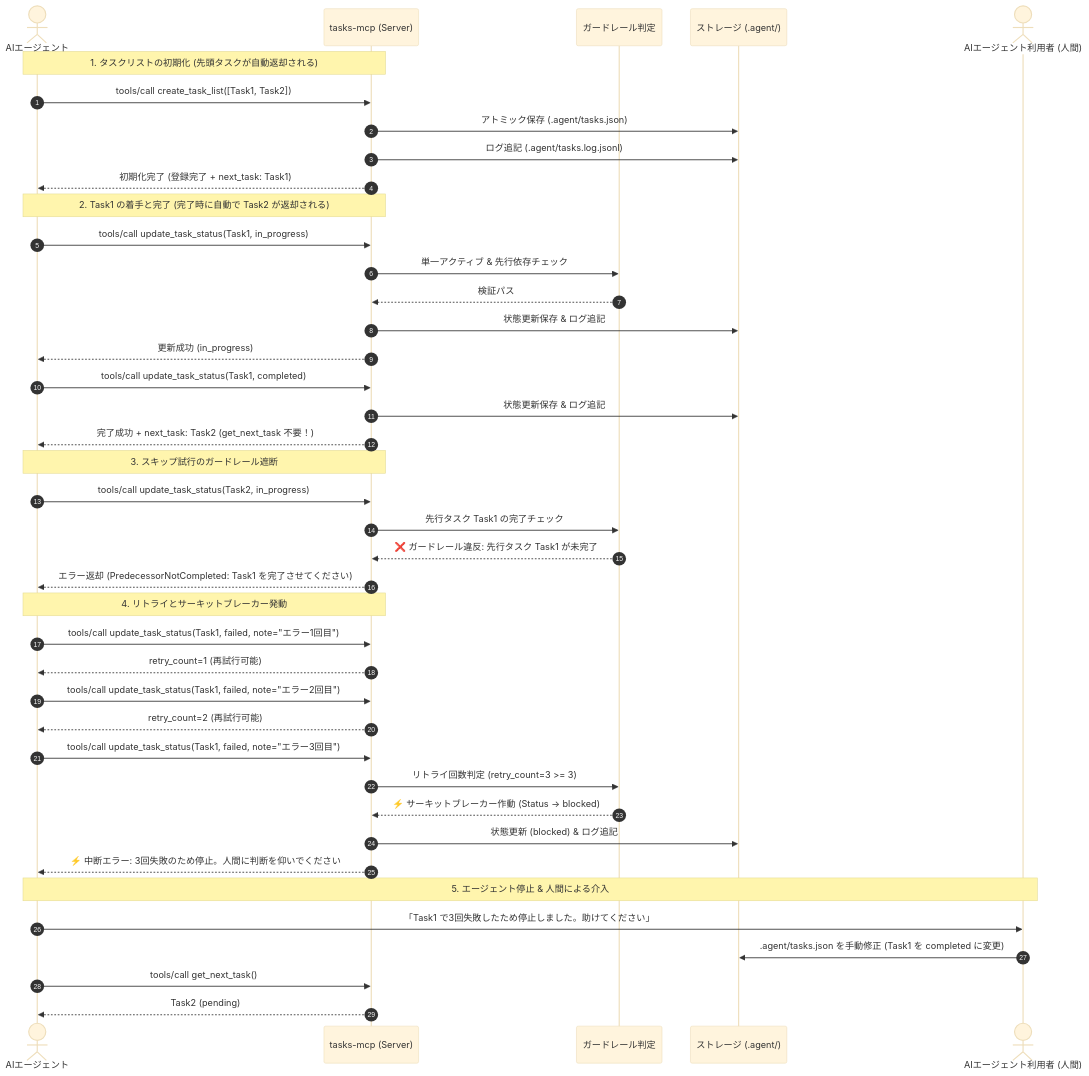
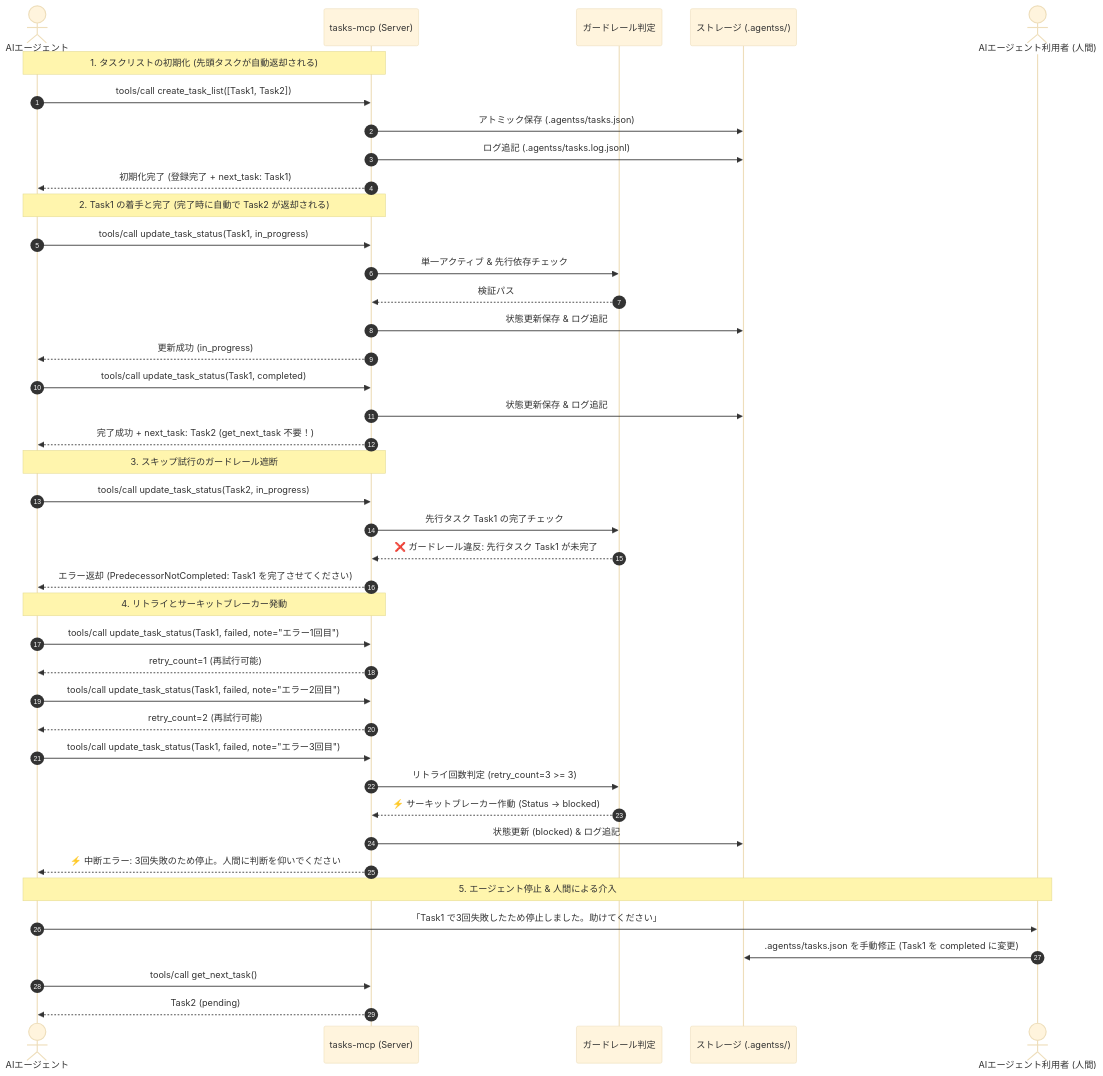
One commit to snaga/tasks-mcp changed the second of 5 diagrams in doc/design.md. Above: the diagram before and after it, drawn with Mermaid (base theme). The commit also changed other lines of this file and 7 other files, not shown here.

First line of the commit message:
feat(storage): change default persistence directory from .agent to .agents

````diff
--- a/doc/design.md
+++ b/doc/design.md
@@ -223,48 +223,48 @@
 ```mermaid
 sequenceDiagram
     autonumber
     actor Agent as AIエージェント
     participant Mcp as tasks-mcp (Server)
     participant Guard as ガードレール判定
-    participant Storage as ストレージ (.agent/)
+    participant Storage as ストレージ (.agentss/)
     actor User as AIエージェント利用者 (人間)
 
     Note over Agent, Mcp: 1. タスクリストの初期化 (先頭タスクが自動返却される)
     Agent->>Mcp: tools/call create_task_list([Task1, Task2])
-    Mcp->>Storage: アトミック保存 (.agent/tasks.json)
-    Mcp->>Storage: ログ追記 (.agent/tasks.log.jsonl)
+    Mcp->>Storage: アトミック保存 (.agentss/tasks.json)
+    Mcp->>Storage: ログ追記 (.agentss/tasks.log.jsonl)
     Mcp-->>Agent: 初期化完了 (登録完了 + next_task: Task1)
 
     Note over Agent, Mcp: 2. Task1 の着手と完了 (完了時に自動で Task2 が返却される)
     Agent->>Mcp: tools/call update_task_status(Task1, in_progress)
     Mcp->>Guard: 単一アクティブ & 先行依存チェック
     Guard-->>Mcp: 検証パス
     Mcp->>Storage: 状態更新保存 & ログ追記
     Mcp-->>Agent: 更新成功 (in_progress)
     Agent->>Mcp: tools/call update_task_status(Task1, completed)
     Mcp->>Storage: 状態更新保存 & ログ追記
     Mcp-->>Agent: 完了成功 + next_task: Task2 (get_next_task 不要！)
 
     Note over Agent, Mcp: 3. スキップ試行のガードレール遮断
     Agent->>Mcp: tools/call update_task_status(Task2, in_progress)
     Mcp->>Guard: 先行タスク Task1 の完了チェック
     Guard-->>Mcp: ❌ ガードレール違反: 先行タスク Task1 が未完了
     Mcp-->>Agent: エラー返却 (PredecessorNotCompleted: Task1 を完了させてください)
 
     Note over Agent, Mcp: 4. リトライとサーキットブレーカー発動
     Agent->>Mcp: tools/call update_task_status(Task1, failed, note="エラー1回目")
     Mcp-->>Agent: retry_count=1 (再試行可能)
     Agent->>Mcp: tools/call update_task_status(Task1, failed, note="エラー2回目")
     Mcp-->>Agent: retry_count=2 (再試行可能)
     Agent->>Mcp: tools/call update_task_status(Task1, failed, note="エラー3回目")
     Mcp->>Guard: リトライ回数判定 (retry_count=3 >= 3)
     Guard-->>Mcp: ⚡ サーキットブレーカー作動 (Status -> blocked)
     Mcp->>Storage: 状態更新 (blocked) & ログ追記
     Mcp-->>Agent: ⚡ 中断エラー: 3回失敗のため停止。人間に判断を仰いでください
 
     Note over Agent, User: 5. エージェント停止 & 人間による介入
     Agent->>User: 「Task1 で3回失敗したため停止しました。助けてください」
-    User->>Storage: .agent/tasks.json を手動修正 (Task1 を completed に変更)
+    User->>Storage: .agentss/tasks.json を手動修正 (Task1 を completed に変更)
     Agent->>Mcp: tools/call get_next_task()
     Mcp-->>Agent: Task2 (pending)
 ```
````
